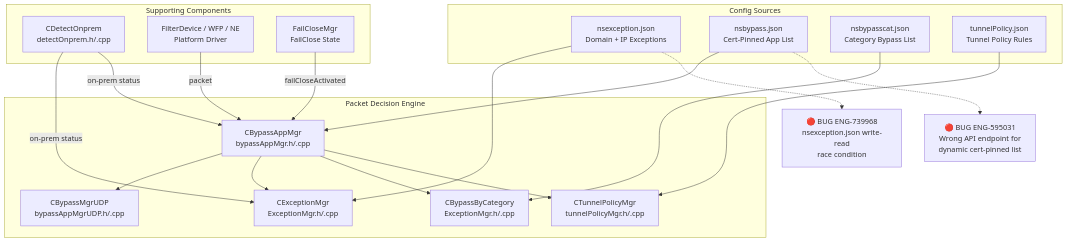
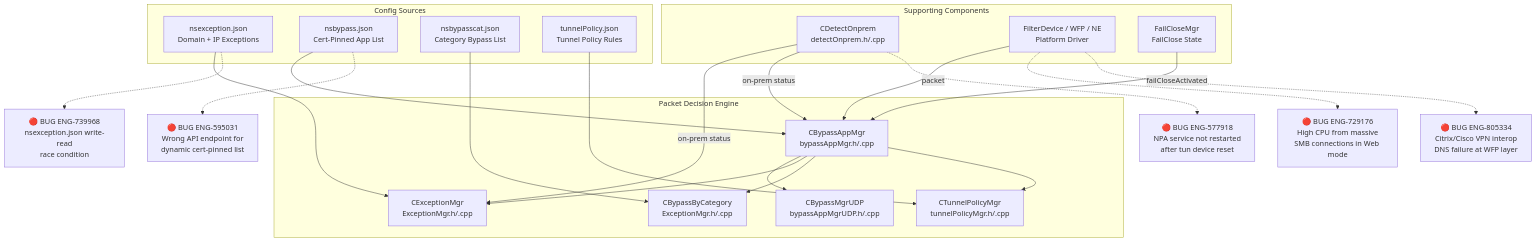
One commit to ns-klin/endpoint_system_test_plan changed the first of 10 diagrams in chapters/10_bypass.md. Above: the diagram before and after it, drawn with Mermaid. The commit also changed other lines of this file and 26 other files, not shown here.

First line of the commit message:
Add 87 bugs from Excel enrichment and integrate into mermaid diagrams

````diff
--- a/chapters/10_bypass.md
+++ b/chapters/10_bypass.md
@@ -38,43 +38,52 @@
 ```mermaid
 graph TB
     subgraph "Packet Decision Engine"
         BAM[CBypassAppMgr<br/>bypassAppMgr.h/.cpp]
         BAMU[CBypassMgrUDP<br/>bypassAppMgrUDP.h/.cpp]
         EM[CExceptionMgr<br/>ExceptionMgr.h/.cpp]
         BBC[CBypassByCategory<br/>ExceptionMgr.h/.cpp]
         TPM[CTunnelPolicyMgr<br/>tunnelPolicyMgr.h/.cpp]
     end
 
     subgraph "Config Sources"
         EXC[nsexception.json<br/>Domain + IP Exceptions]
         BYP[nsbypass.json<br/>Cert-Pinned App List]
         CAT[nsbypasscat.json<br/>Category Bypass List]
         TP[tunnelPolicy.json<br/>Tunnel Policy Rules]
     end
 
     subgraph "Supporting Components"
         DOP[CDetectOnprem<br/>detectOnprem.h/.cpp]
         FD[FilterDevice / WFP / NE<br/>Platform Driver]
         FC[FailCloseMgr<br/>FailClose State]
     end
 
     EXC --> EM
     BYP --> BAM
     CAT --> BBC
     TP --> TPM
     DOP -->|on-prem status| EM
     DOP -->|on-prem status| BAM
     FC -->|failCloseActivated| BAM
     BAM --> BAMU
     BAM --> EM
     BAM --> BBC
     BAM --> TPM
     FD -->|packet| BAM
 
     BUG_RACE["🔴 BUG ENG-739968<br/>nsexception.json write-read<br/>race condition"]
     EXC -.-> BUG_RACE
 
     BUG_API["🔴 BUG ENG-595031<br/>Wrong API endpoint for<br/>dynamic cert-pinned list"]
     BYP -.-> BUG_API
 
+    BUG_NPA_SVC["🔴 BUG ENG-577918<br/>NPA service not restarted<br/>after tun device reset"]
+    DOP -.-> BUG_NPA_SVC
+
+    BUG_CPU["🔴 BUG ENG-729176<br/>High CPU from massive<br/>SMB connections in Web mode"]
+    FD -.-> BUG_CPU
+
+    BUG_VPN_INTEROP["🔴 BUG ENG-805334<br/>Citrix/Cisco VPN interop<br/>DNS failure at WFP layer"]
+    FD -.-> BUG_VPN_INTEROP
+
 ```
````
